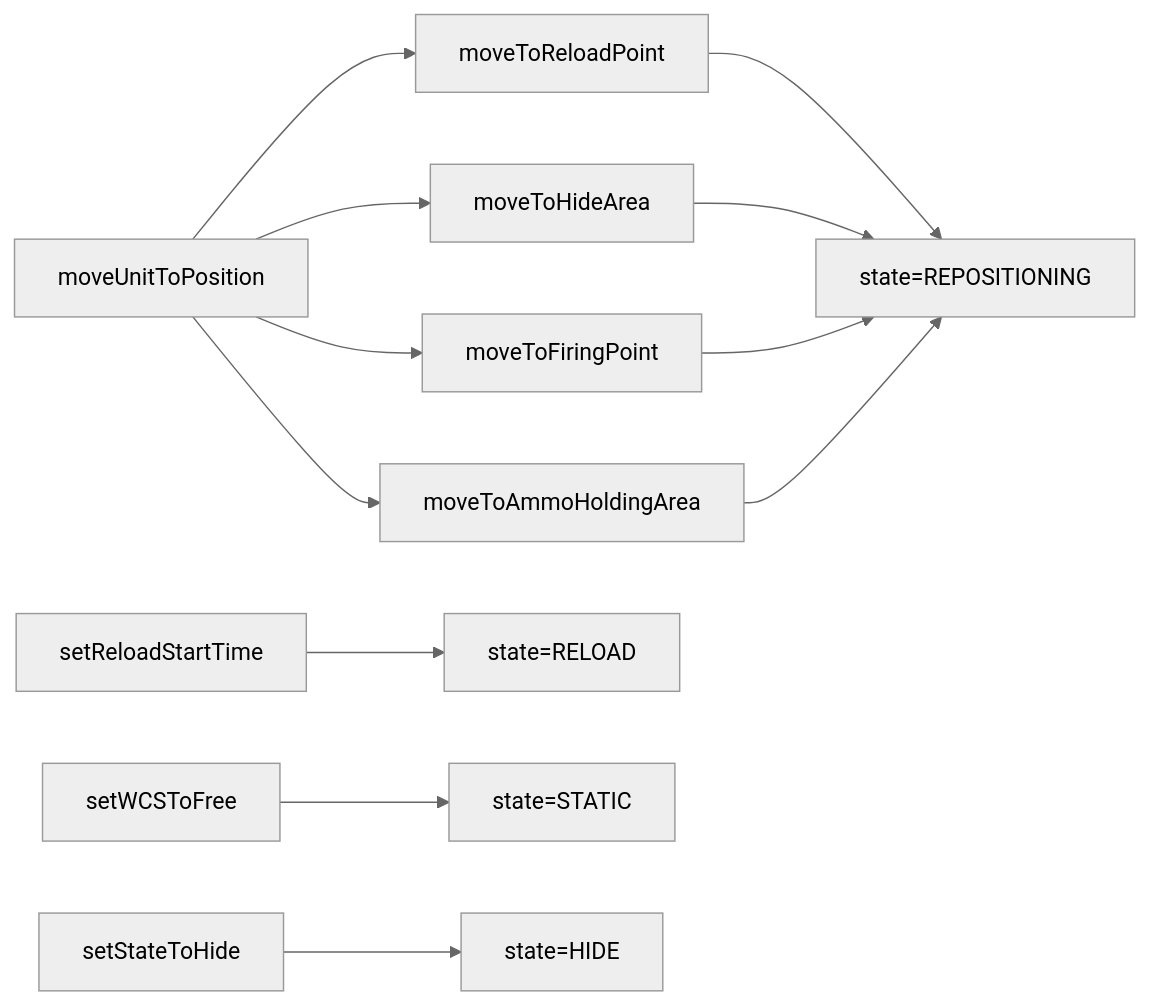
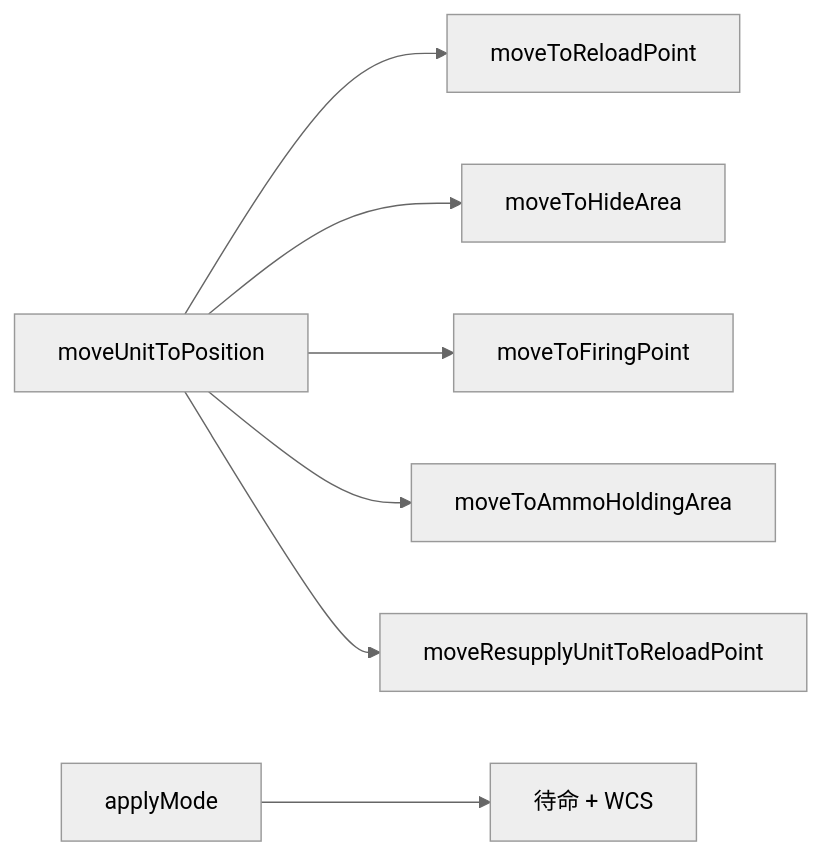
One commit to pullupjumper/formosa-in-flames changed the diagram in docs/missileSystem/movement.md. Above: the diagram before and after it, drawn with Mermaid (neutral theme). The commit also changed other lines of this file and 15 other files, not shown here.

````diff
--- a/docs/missileSystem/movement.md
+++ b/docs/missileSystem/movement.md
@@ -28,16 +24,9 @@
 ```mermaid
 flowchart LR
     MOVE[moveUnitToPosition] --> RL[moveToReloadPoint]
     MOVE --> HA[moveToHideArea]
     MOVE --> FP[moveToFiringPoint]
     MOVE --> AHA[moveToAmmoHoldingArea]
-
-    RL --> S1[state=REPOSITIONING]
-    HA --> S1
-    FP --> S1
-    AHA --> S1
-
-    X1[setReloadStartTime] --> S2[state=RELOAD]
-    X2[setWCSToFree] --> S3[state=STATIC]
-    X3[setStateToHide] --> S4[state=HIDE]
+    MOVE --> RRL[moveResupplyUnitToReloadPoint]
+    MODE[applyMode] --> WCS[待命 + WCS]
 ```
````
